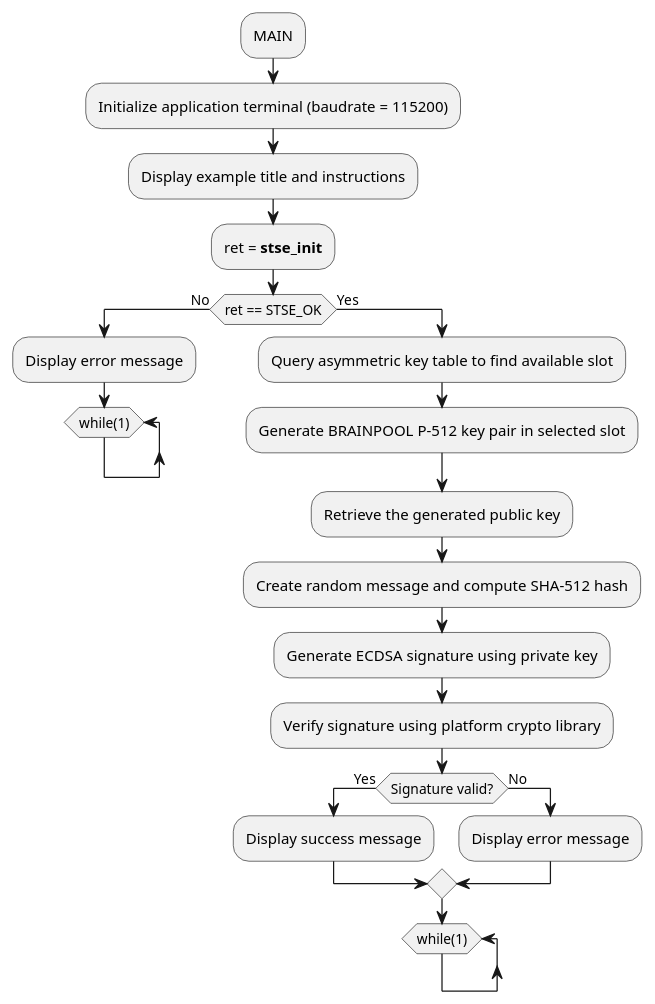
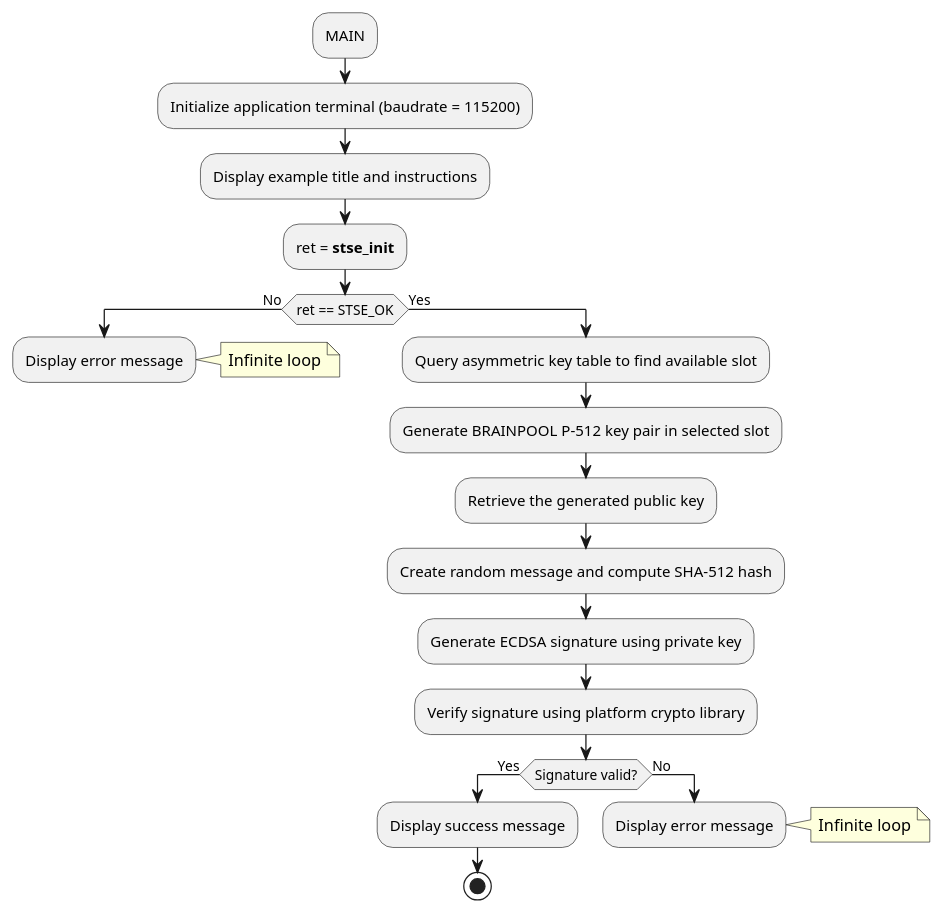
One commit to Grom-perso/STSAFE-A120_examples_dev changed the diagram in Documentation/resources/Markdown/03_Project_examples_description/Key_pair_generation_BRAINPOOL_P512/STSAFE-A120_Key_pair_generation_BRAINPOOL_P512.md. Above: the diagram before and after it, drawn with PlantUML. The commit also changed 23 other files, not shown here.

```diff
--- a/Documentation/resources/Markdown/03_Project_examples_description/Key_pair_generation_BRAINPOOL_P512/STSAFE-A120_Key_pair_generation_BRAINPOOL_P512.md
+++ b/Documentation/resources/Markdown/03_Project_examples_description/Key_pair_generation_BRAINPOOL_P512/STSAFE-A120_Key_pair_generation_BRAINPOOL_P512.md
@@ -13,29 +13,28 @@
 @startuml "BRAINPOOL P-512 Key Pair Generation flowchart" width=5cm
 	:MAIN;
 	:Initialize application terminal (baudrate = 115200);
 	:Display example title and instructions;
 	:ret = <b>stse_init</b>;
 	if(ret == STSE_OK) then (No)
-	:Display error message;
-	while (while(1))
-	end while
-	-[hidden]->
-	detach
+		:Display error message;
+		note right: Infinite loop
+		-[hidden]->
+		detach
 	else (Yes)
-	:Query asymmetric key table to find available slot;
-	:Generate BRAINPOOL P-512 key pair in selected slot;
-	:Retrieve the generated public key;
-	:Create random message and compute SHA-512 hash;
-	:Generate ECDSA signature using private key;
-	:Verify signature using platform crypto library;
-	if(Signature valid?) then (Yes)
-	:Display success message;
-	else (No)
-	:Display error message;
-	endif
-	while (while(1))
-	end while
-	-[hidden]->
-	detach
+		:Query asymmetric key table to find available slot;
+		:Generate BRAINPOOL P-512 key pair in selected slot;
+		:Retrieve the generated public key;
+		:Create random message and compute SHA-512 hash;
+		:Generate ECDSA signature using private key;
+		:Verify signature using platform crypto library;
+		if(Signature valid?) then (Yes)
+			:Display success message;
+			stop
+		else (No)
+			:Display error message;
+		    note right: Infinite loop
+			-[hidden]->
+			detach
+		endif
 	endif
 @enduml
```
